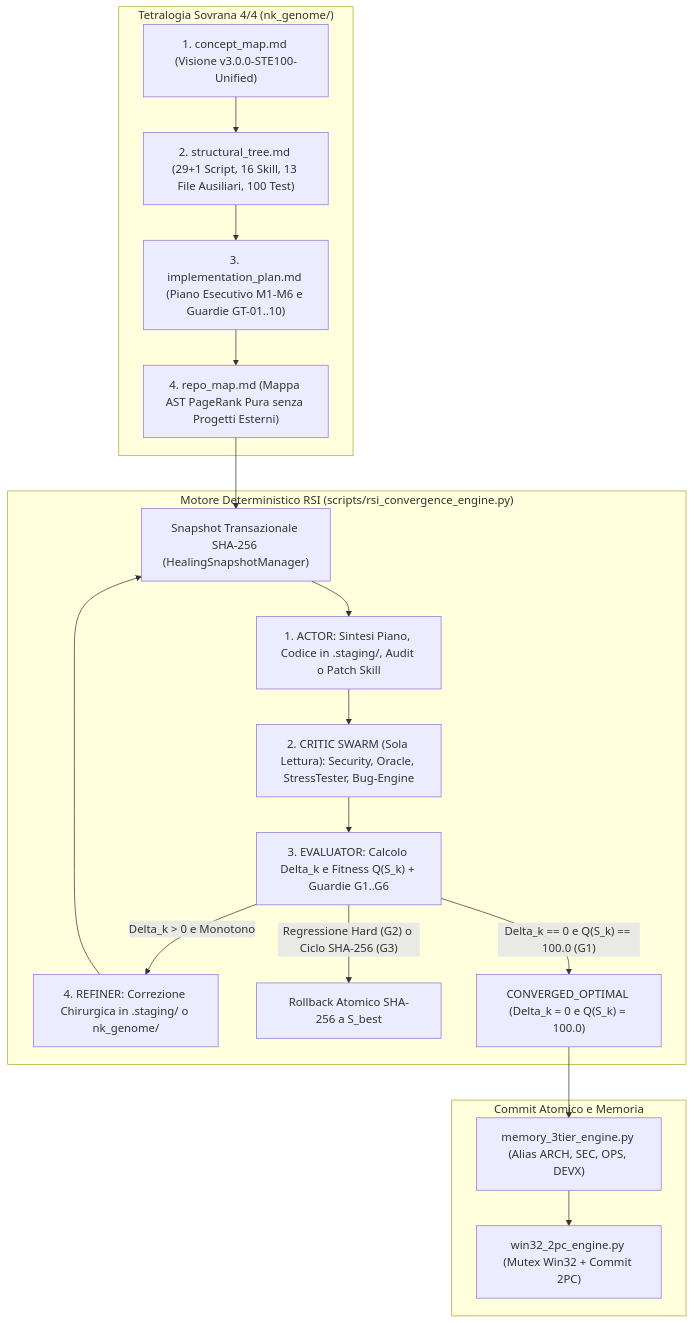
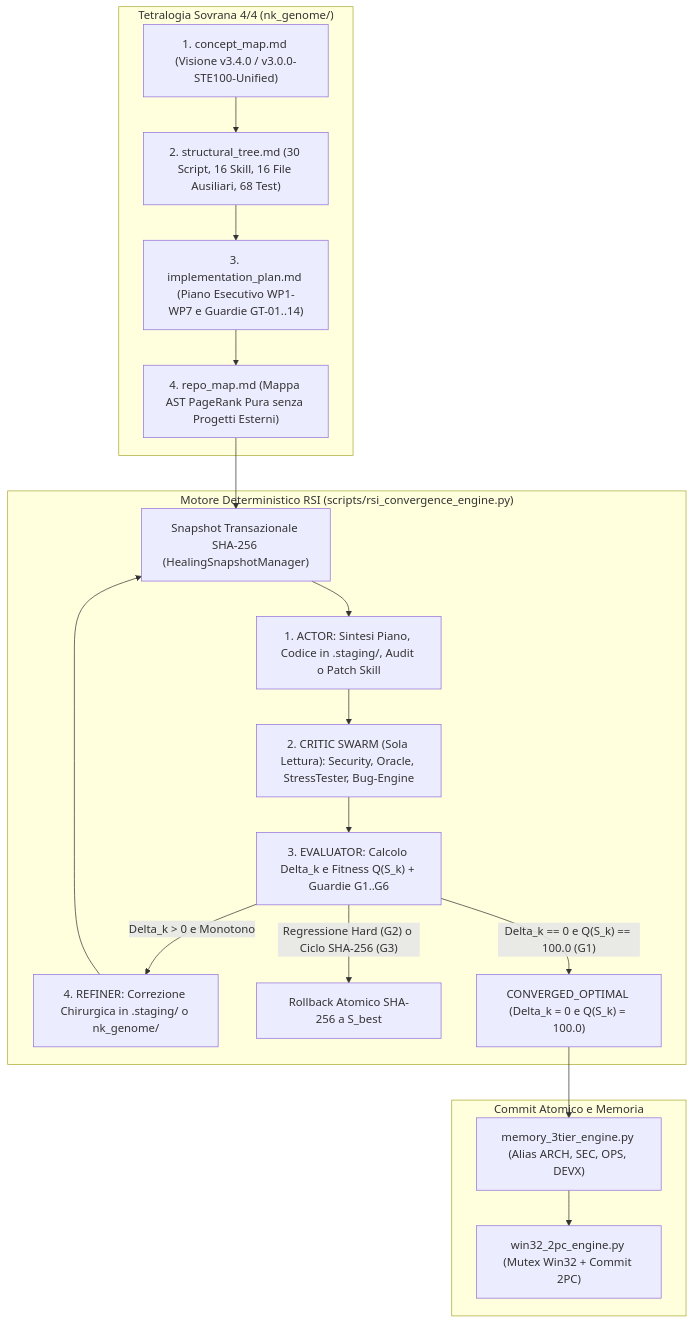
The diagram in nk_genome/concept_map.md (erbaldo86/NK-Hub), drawn with Mermaid before and after one commit. The commit also changed other lines of this file and 76 other files, not shown here.

````diff
--- a/nk_genome/concept_map.md
+++ b/nk_genome/concept_map.md
@@ -44,32 +44,32 @@
 ```mermaid
 flowchart TD
     subgraph TETRALOGIA["Tetralogia Sovrana 4/4 (nk_genome/)"]
-        CM["1. concept_map.md (Visione v3.0.0-STE100-Unified)"]
-        ST["2. structural_tree.md (29+1 Script, 16 Skill, 13 File Ausiliari, 100 Test)"]
-        IP["3. implementation_plan.md (Piano Esecutivo M1-M6 e Guardie GT-01..10)"]
+        CM["1. concept_map.md (Visione v3.4.0 / v3.0.0-STE100-Unified)"]
+        ST["2. structural_tree.md (30 Script, 16 Skill, 16 File Ausiliari, 68 Test)"]
+        IP["3. implementation_plan.md (Piano Esecutivo WP1-WP7 e Guardie GT-01..14)"]
         RM["4. repo_map.md (Mappa AST PageRank Pura senza Progetti Esterni)"]
     end
 
     subgraph RSI_LOOP["Motore Deterministico RSI (scripts/rsi_convergence_engine.py)"]
         SNAP["Snapshot Transazionale SHA-256 (HealingSnapshotManager)"]
         ACT["1. ACTOR: Sintesi Piano, Codice in .staging/, Audit o Patch Skill"]
         CRIT["2. CRITIC SWARM (Sola Lettura): Security, Oracle, StressTester, Bug-Engine"]
         EVAL["3. EVALUATOR: Calcolo Delta_k e Fitness Q(S_k) + Guardie G1..G6"]
         REF["4. REFINER: Correzione Chirurgica in .staging/ o nk_genome/"]
         ROLL["Rollback Atomico SHA-256 a S_best"]
         CONV["CONVERGED_OPTIMAL (Delta_k = 0 e Q(S_k) = 100.0)"]
     end
 
     subgraph COMMIT["Commit Atomico e Memoria"]
         W2P["win32_2pc_engine.py (Mutex Win32 + Commit 2PC)"]
         MEM["memory_3tier_engine.py (Alias ARCH, SEC, OPS, DEVX)"]
     end
 
     CM --> ST --> IP --> RM
     RM --> SNAP
     SNAP --> ACT --> CRIT --> EVAL
     EVAL -- "Regressione Hard (G2) o Ciclo SHA-256 (G3)" --> ROLL
     EVAL -- "Delta_k > 0 e Monotono" --> REF --> SNAP
     EVAL -- "Delta_k == 0 e Q(S_k) == 100.0 (G1)" --> CONV
     CONV --> MEM --> W2P
 ```
````
